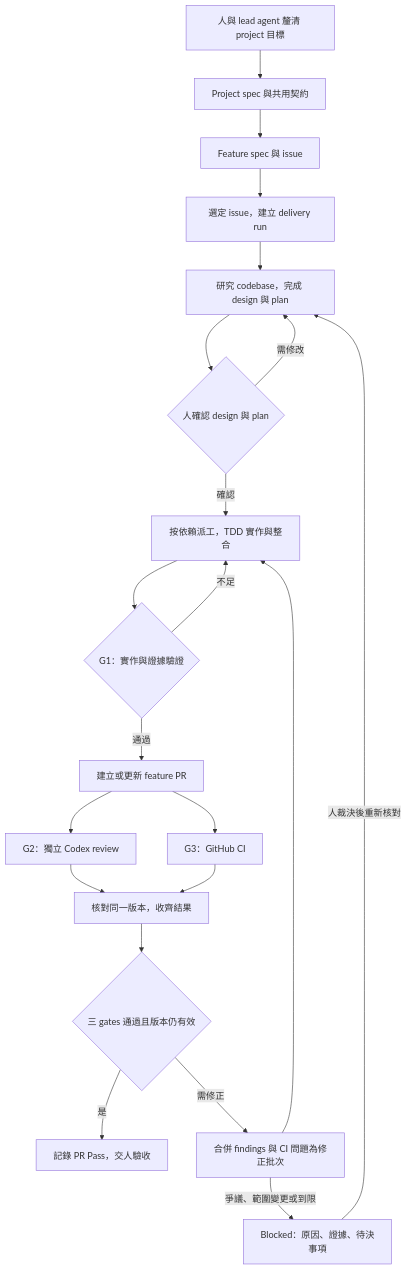
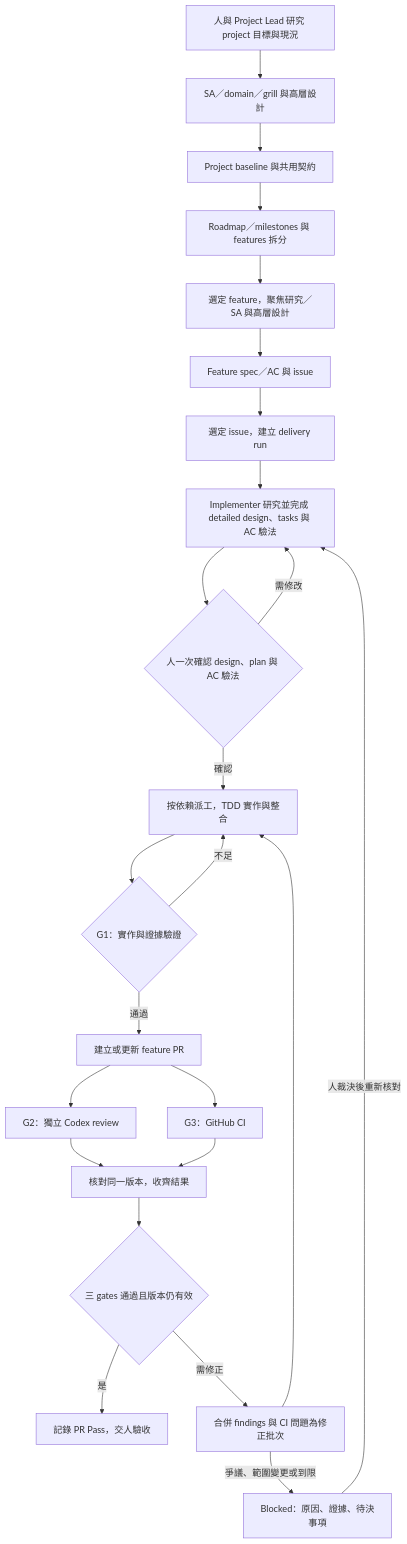
The diagram in docs/loop-engineering.md (ellis429/loop-engineering), drawn with Mermaid before and after one commit. The commit also changed other lines of this file and 99 other files, not shown here.

Commit message:
docs: adopt reviewed controller design and approve S1 baseline

````diff
--- a/docs/loop-engineering.md
+++ b/docs/loop-engineering.md
@@ -27,23 +35,26 @@
 ```mermaid
 flowchart TD
-    A[人與 lead agent 釐清 project 目標] --> B[Project spec 與共用契約]
-    B --> C[Feature spec 與 issue]
+    A[人與 Project Lead 研究 project 目標與現況] --> SA[SA／domain／grill 與高層設計]
+    SA --> B[Project baseline 與共用契約]
+    B --> RM[Roadmap／milestones 與 features 拆分]
+    RM --> FP[選定 feature，聚焦研究／SA 與高層設計]
+    FP --> C[Feature spec／AC 與 issue]
     C --> D[選定 issue，建立 delivery run]
-    D --> E[研究 codebase，完成 design 與 plan]
-    E --> F{人確認 design 與 plan}
+    D --> E[Implementer 研究並完成 detailed design、tasks 與 AC 驗法]
+    E --> F{人一次確認 design、plan 與 AC 驗法}
     F -->|需修改| E
     F -->|確認| G[按依賴派工，TDD 實作與整合]
     G --> H{G1：實作與證據驗證}
     H -->|不足| G
     H -->|通過| I[建立或更新 feature PR]
     I --> J[G2：獨立 Codex review]
     I --> K[G3：GitHub CI]
     J --> L[核對同一版本，收齊結果]
     K --> L
     L --> M{三 gates 通過且版本仍有效}
     M -->|是| N[記錄 PR Pass，交人驗收]
     M -->|需修正| O[合併 findings 與 CI 問題為修正批次]
     O --> G
     O -->|爭議、範圍變更或到限| P[Blocked：原因、證據、待決事項]
     P -->|人裁決後重新核對| E
 ```
````
